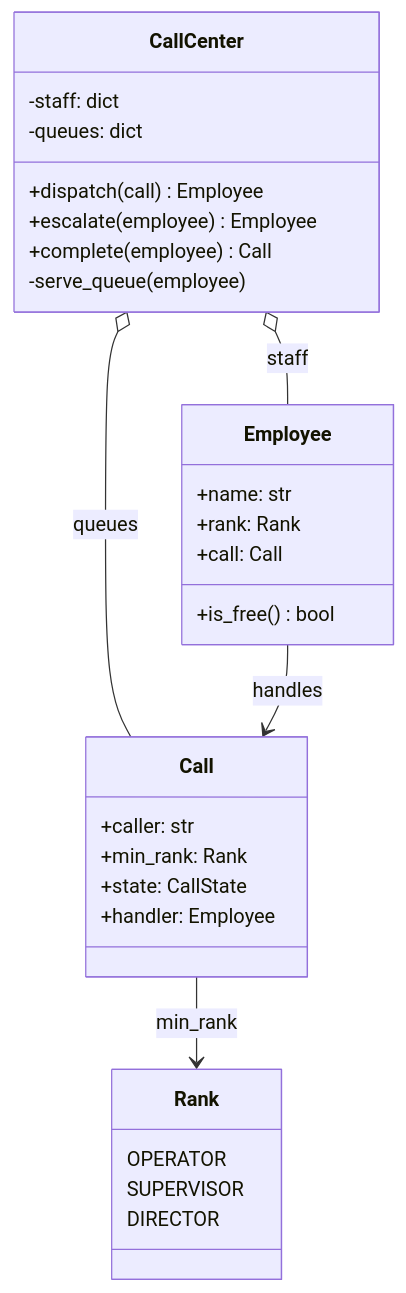
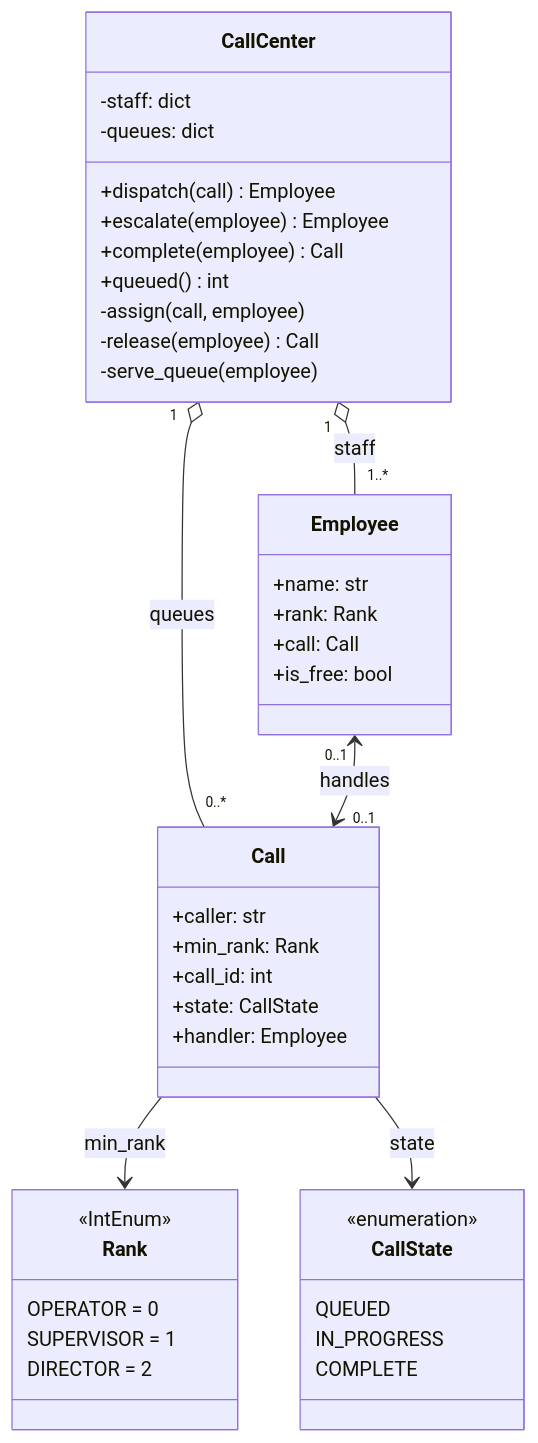
Before and after one commit to butyavk/system-design: the diagram in src/content/docs/ood/call-center.mdx, drawn with Mermaid. The commit also changed 144 other files, not shown here.

````diff
--- a/src/content/docs/ood/call-center.mdx
+++ b/src/content/docs/ood/call-center.mdx
@@ -35,32 +35,44 @@
 ```mermaid
 classDiagram
   class CallCenter {
     -staff: dict
     -queues: dict
     +dispatch(call) Employee
     +escalate(employee) Employee
     +complete(employee) Call
+    +queued() int
+    -assign(call, employee)
+    -release(employee) Call
     -serve_queue(employee)
   }
   class Employee {
     +name: str
     +rank: Rank
     +call: Call
-    +is_free() bool
+    +is_free: bool
   }
   class Call {
     +caller: str
     +min_rank: Rank
+    +call_id: int
     +state: CallState
     +handler: Employee
   }
   class Rank {
-    OPERATOR
-    SUPERVISOR
-    DIRECTOR
+    <<IntEnum>>
+    OPERATOR = 0
+    SUPERVISOR = 1
+    DIRECTOR = 2
   }
-  CallCenter o-- Employee : staff
-  CallCenter o-- Call : queues
-  Employee --> Call : handles
+  class CallState {
+    <<enumeration>>
+    QUEUED
+    IN_PROGRESS
+    COMPLETE
+  }
+  CallCenter "1" o-- "1..*" Employee : staff
+  CallCenter "1" o-- "0..*" Call : queues
+  Employee "0..1" <--> "0..1" Call : handles
   Call --> Rank : min_rank
+  Call --> CallState : state
 ```
````
